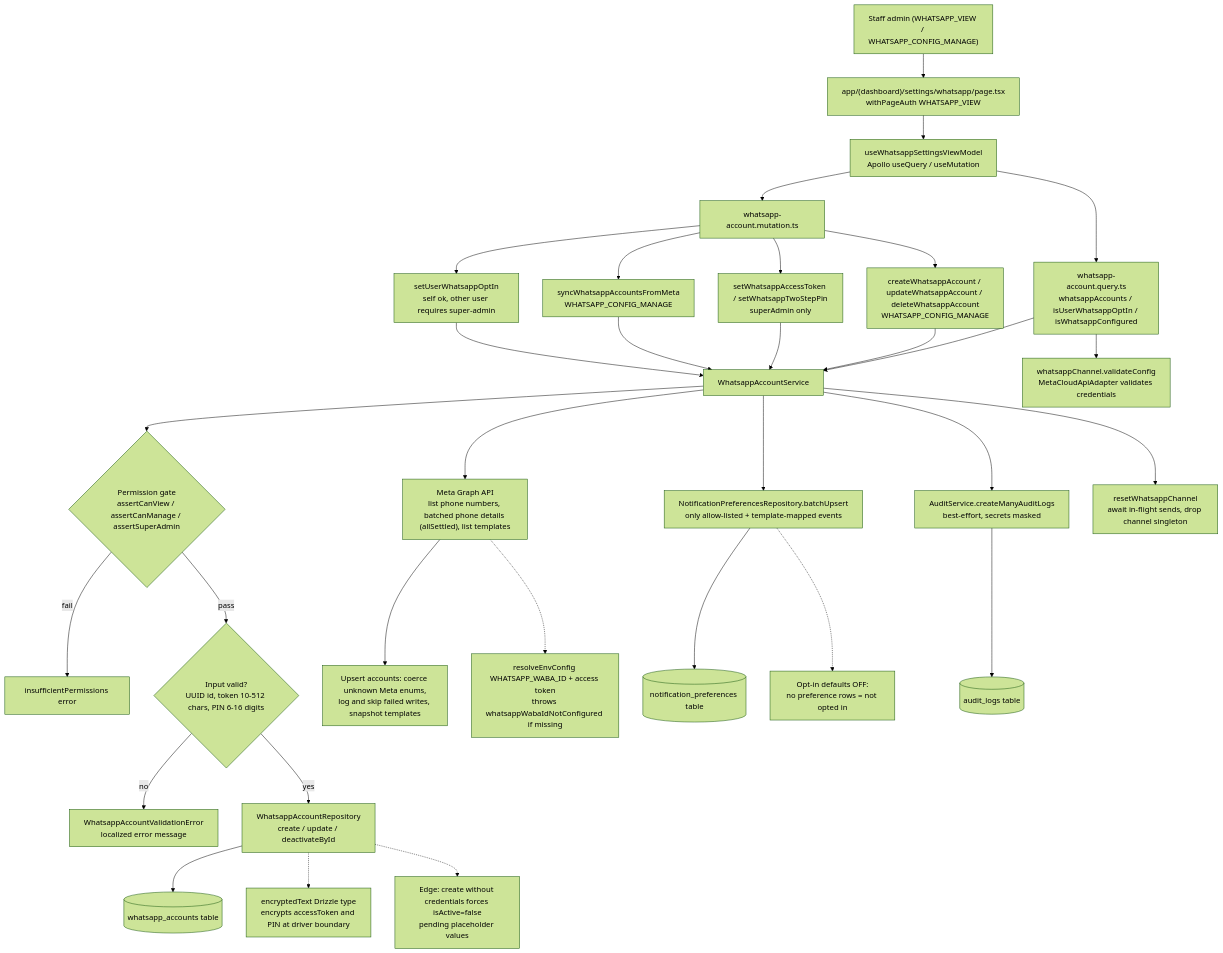
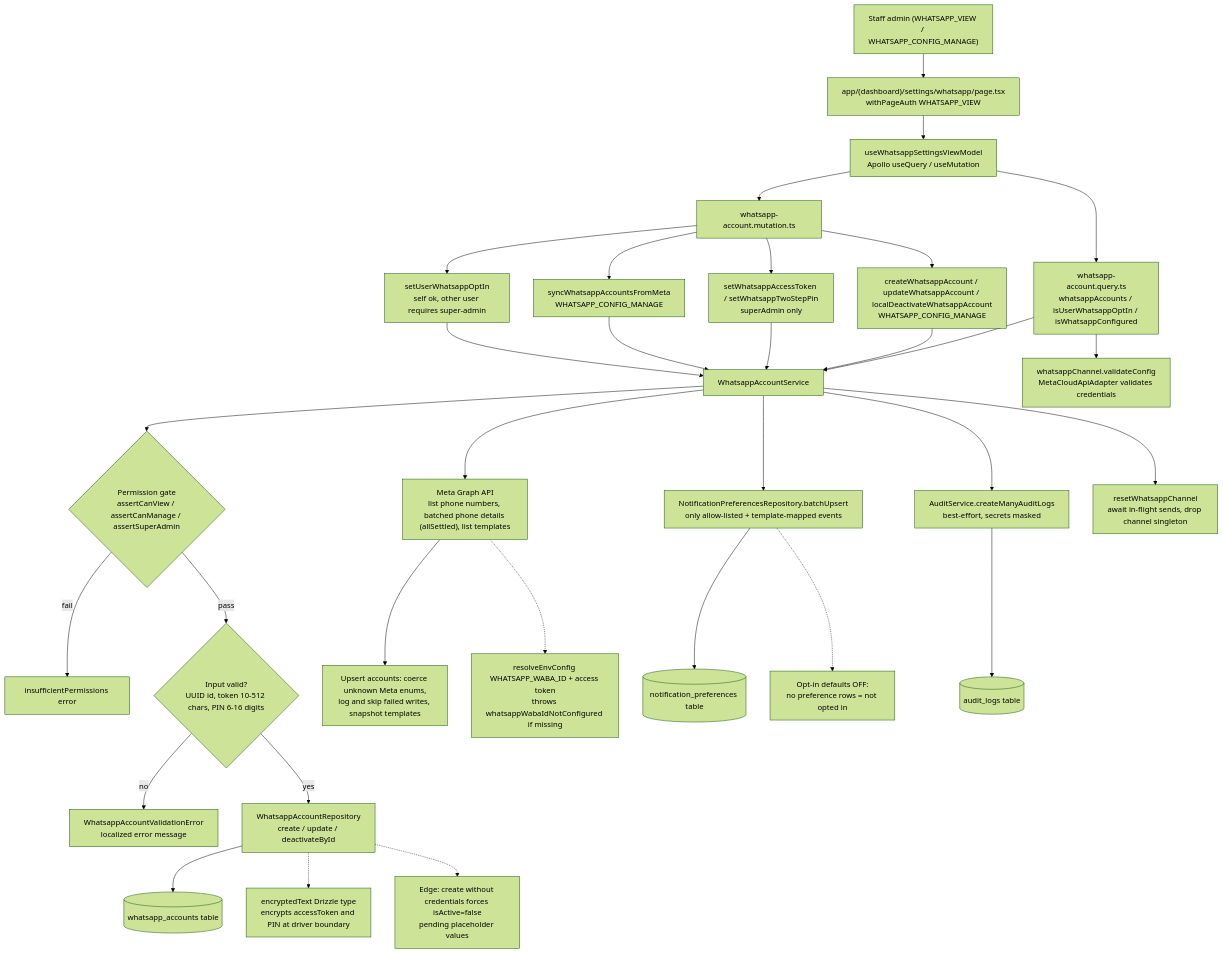
One commit to sirajLMS/siraj changed the diagram in docs/diagram/communications/whatsapp-account-config.md. Above: the diagram before and after it, drawn with Mermaid (forest theme). The commit also changed 216 other files, not shown here.

````diff
--- a/docs/diagram/communications/whatsapp-account-config.md
+++ b/docs/diagram/communications/whatsapp-account-config.md
@@ -18,41 +18,41 @@
 ```mermaid
 %% WhatsApp Settings Administration — account credentials, Meta sync, test/validation sends, opt-in management
 flowchart TB
   Admin["Staff admin (WHATSAPP_VIEW / WHATSAPP_CONFIG_MANAGE)"] --> Page["app/(dashboard)/settings/whatsapp/page.tsx<br/>withPageAuth WHATSAPP_VIEW"]
   Page --> VM["useWhatsappSettingsViewModel<br/>Apollo useQuery / useMutation"]
   VM --> GQLQ["whatsapp-account.query.ts<br/>whatsappAccounts / isUserWhatsappOptIn / isWhatsappConfigured"]
   VM --> GQLM["whatsapp-account.mutation.ts"]
-  GQLM --> MCrud["createWhatsappAccount / updateWhatsappAccount / deleteWhatsappAccount<br/>WHATSAPP_CONFIG_MANAGE"]
+  GQLM --> MCrud["createWhatsappAccount / updateWhatsappAccount / localDeactivateWhatsappAccount<br/>WHATSAPP_CONFIG_MANAGE"]
   GQLM --> MCred["setWhatsappAccessToken / setWhatsappTwoStepPin<br/>superAdmin only"]
   GQLM --> MSync["syncWhatsappAccountsFromMeta<br/>WHATSAPP_CONFIG_MANAGE"]
   GQLM --> MOpt["setUserWhatsappOptIn<br/>self ok, other user requires super-admin"]
 
   GQLQ --> Svc["WhatsappAccountService"]
   MCrud --> Svc
   MCred --> Svc
   MSync --> Svc
   MOpt --> Svc
 
   Svc --> Authz{"Permission gate<br/>assertCanView / assertCanManage / assertSuperAdmin"}
   Authz -- "fail" --> ErrP["insufficientPermissions error"]
   Authz -- "pass" --> Valid{"Input valid?<br/>UUID id, token 10-512 chars, PIN 6-16 digits"}
   Valid -- "no" --> ErrV["WhatsappAccountValidationError<br/>localized error message"]
   Valid -- "yes" --> Repo["WhatsappAccountRepository<br/>create / update / deactivateById"]
 
   Repo --> WAT[("whatsapp_accounts table")]
   Repo -.-> Enc["encryptedText Drizzle type<br/>encrypts accessToken and PIN at driver boundary"]
   Repo -.-> Edge["Edge: create without credentials forces isActive=false<br/>pending placeholder values"]
 
   Svc --> Meta["Meta Graph API<br/>list phone numbers, batched phone details (allSettled), list templates"]
   Meta --> SyncRes["Upsert accounts: coerce unknown Meta enums,<br/>log and skip failed writes, snapshot templates"]
   Meta -.-> Env["resolveEnvConfig WHATSAPP_WABA_ID + access token<br/>throws whatsappWabaIdNotConfigured if missing"]
 
   Svc --> Prefs["NotificationPreferencesRepository.batchUpsert<br/>only allow-listed + template-mapped events"]
   Prefs --> NPT[("notification_preferences table")]
   Prefs -.-> Opt["Opt-in defaults OFF:<br/>no preference rows = not opted in"]
 
   Svc --> Audit["AuditService.createManyAuditLogs<br/>best-effort, secrets masked"]
   Audit --> ALT[("audit_logs table")]
   Svc --> Reset["resetWhatsappChannel<br/>await in-flight sends, drop channel singleton"]
   GQLQ --> VC["whatsappChannel.validateConfig<br/>MetaCloudApiAdapter validates credentials"]
 ```
````
